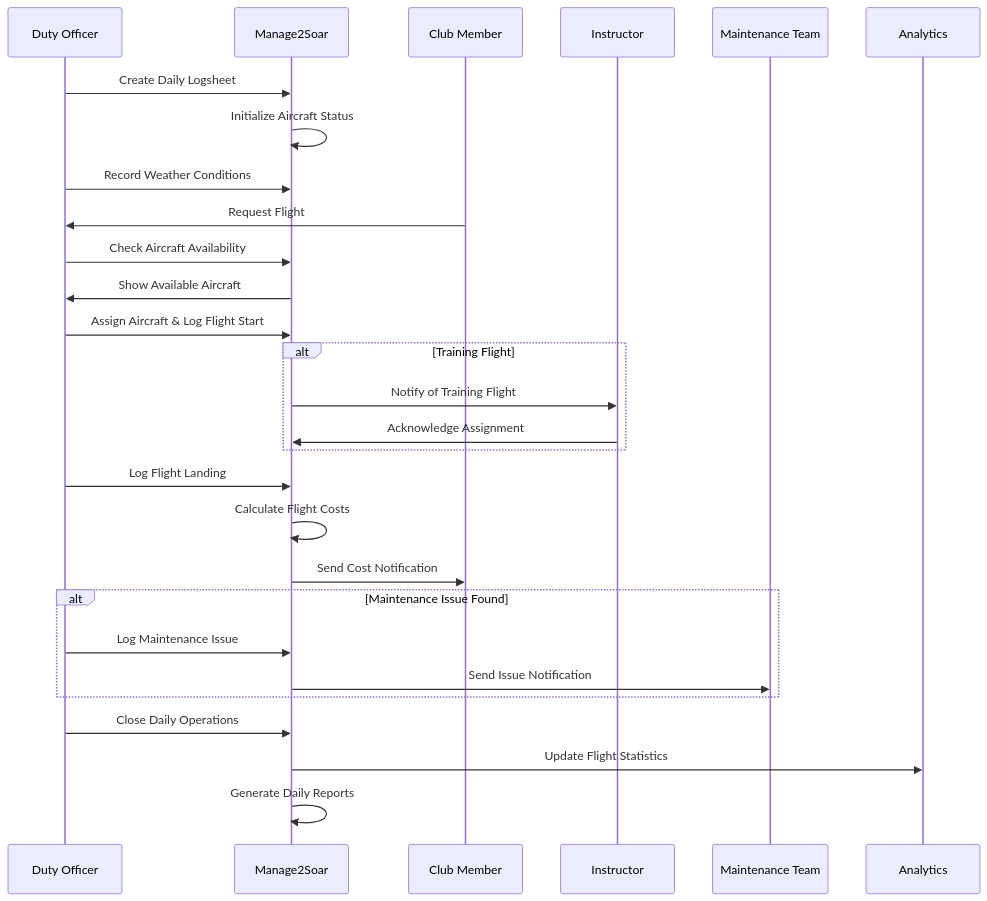
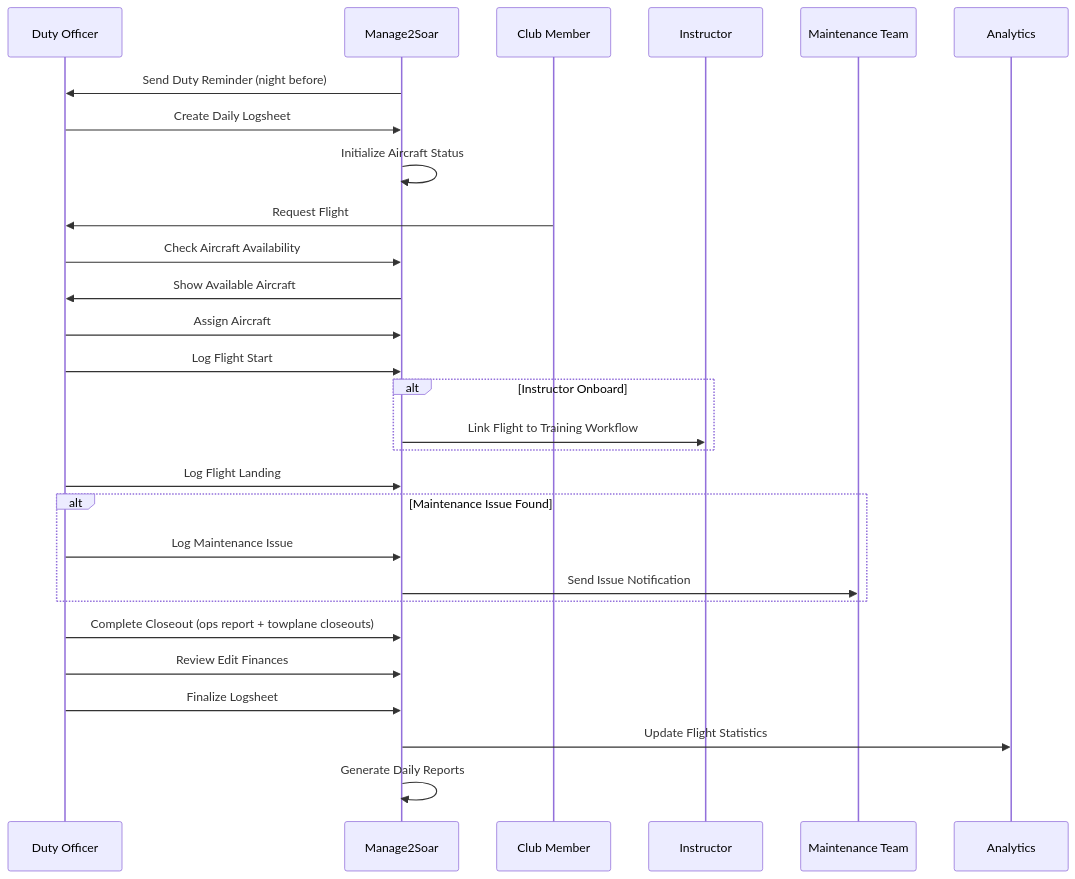
Before and after one commit to pietbarber/Manage2Soar: the second of 12 diagrams in docs/workflows/04-logsheet-workflow.md, drawn with Mermaid. The commit also changed other lines of this file and 11 other files, not shown here.

````diff
--- a/docs/workflows/04-logsheet-workflow.md
+++ b/docs/workflows/04-logsheet-workflow.md
@@ -82,36 +64,36 @@
 ```mermaid
 sequenceDiagram
     participant DO as Duty Officer  
     participant System as Manage2Soar
     participant Member as Club Member
     participant Instructor as Instructor
     participant Maintenance as Maintenance Team
     participant Analytics as Analytics
 
+    System->>DO: Send Duty Reminder (night before)
     DO->>System: Create Daily Logsheet
     System->>System: Initialize Aircraft Status
-    DO->>System: Record Weather Conditions
 
     Member->>DO: Request Flight
     DO->>System: Check Aircraft Availability
     System->>DO: Show Available Aircraft
-    DO->>System: Assign Aircraft & Log Flight Start
+    DO->>System: Assign Aircraft
+    DO->>System: Log Flight Start
 
-    alt Training Flight
-        System->>Instructor: Notify of Training Flight
-        Instructor->>System: Acknowledge Assignment
+    alt Instructor Onboard
+        System->>Instructor: Link Flight to Training Workflow
     end
 
     DO->>System: Log Flight Landing
-    System->>System: Calculate Flight Costs
-    System->>Member: Send Cost Notification
 
     alt Maintenance Issue Found
         DO->>System: Log Maintenance Issue
         System->>Maintenance: Send Issue Notification
     end
 
-    DO->>System: Close Daily Operations
+    DO->>System: Complete Closeout (ops report + towplane closeouts)
+    DO->>System: Review Edit Finances
+    DO->>System: Finalize Logsheet
     System->>Analytics: Update Flight Statistics
     System->>System: Generate Daily Reports
 ```
````
